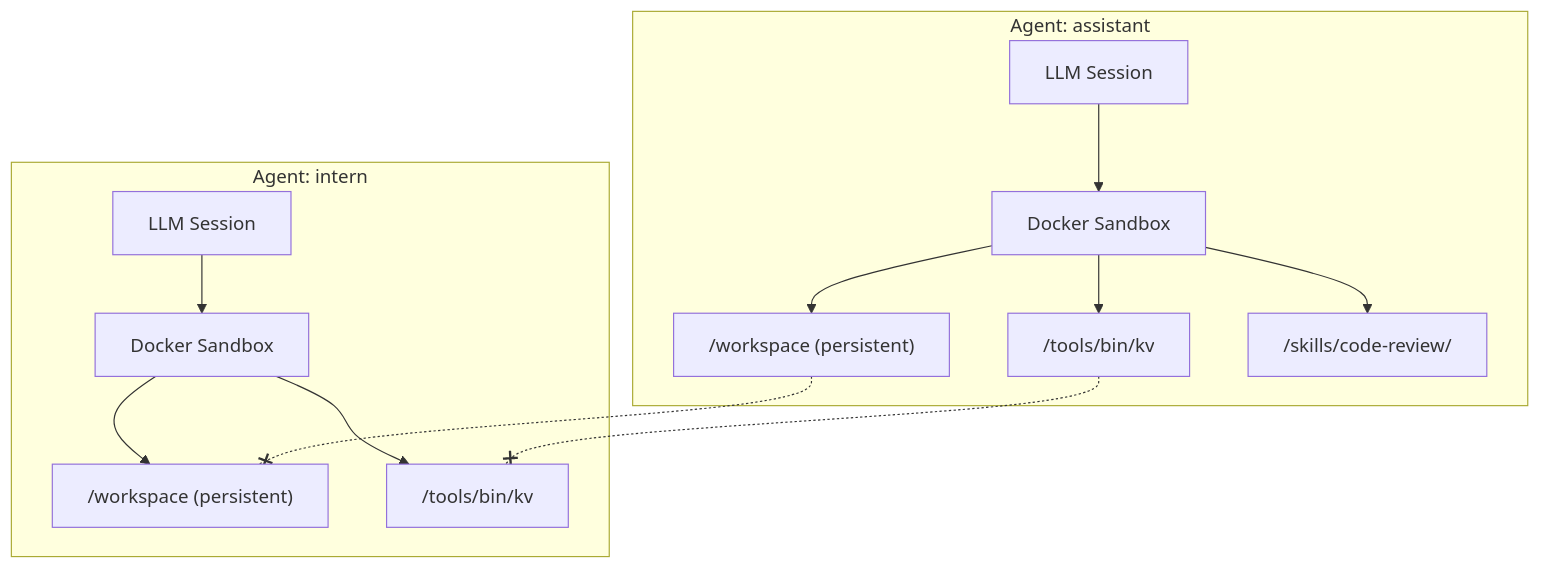
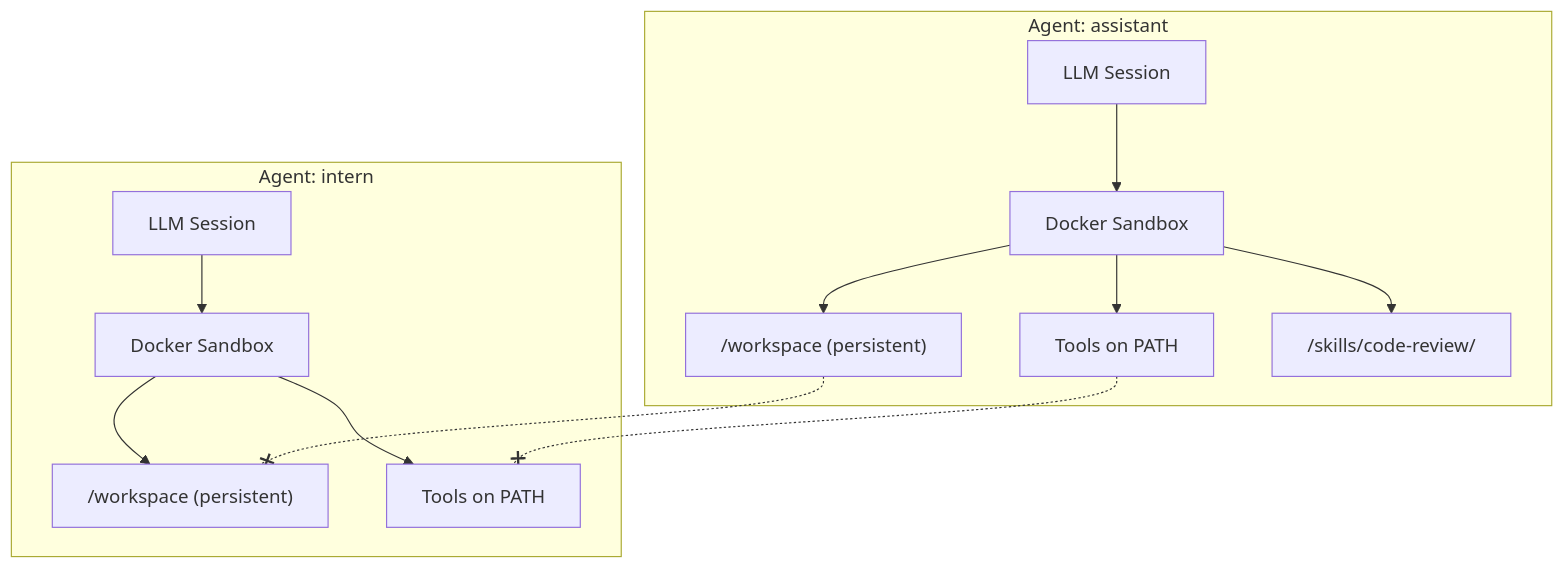
The diagram in docs/agents/index.mdx (matthias-hausberger/beige), drawn with Mermaid before and after one commit. The commit also changed other lines of this file and 63 other files, not shown here.

First line of the commit message:
refactor!: plugin architecture

````diff
--- a/docs/agents/index.mdx
+++ b/docs/agents/index.mdx
@@ -15,29 +15,29 @@
 ```mermaid
 graph TB
     subgraph "Agent: assistant"
         A1[LLM Session]
         A2[Docker Sandbox]
         A3["/workspace (persistent)"]
-        A4["/tools/bin/kv"]
+        A4["Tools on PATH"]
         A5["/skills/code-review/"]
     end
 
     subgraph "Agent: intern"
         B1[LLM Session]
         B2[Docker Sandbox]
         B3["/workspace (persistent)"]
-        B4["/tools/bin/kv"]
+        B4["Tools on PATH"]
     end
 
     A1 --> A2
     A2 --> A3
     A2 --> A4
     A2 --> A5
 
     B1 --> B2
     B2 --> B3
     B2 --> B4
 
     A3 -.-x B3
     A4 -.-x B4
 ```
````
